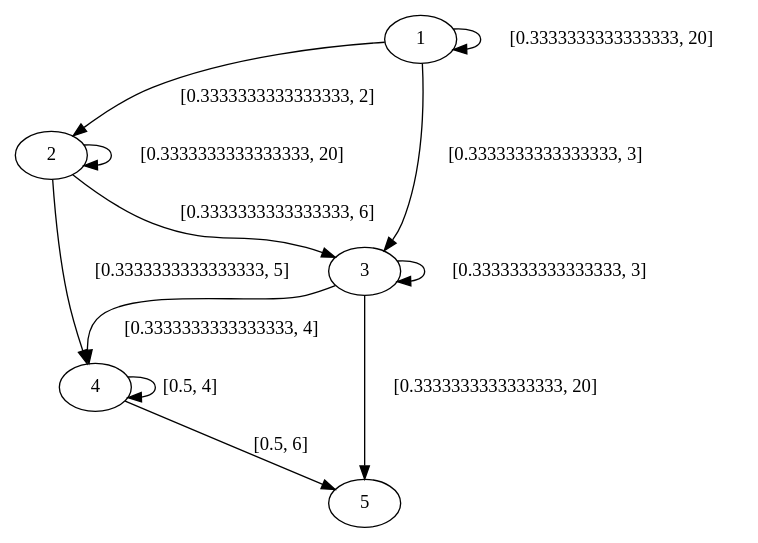
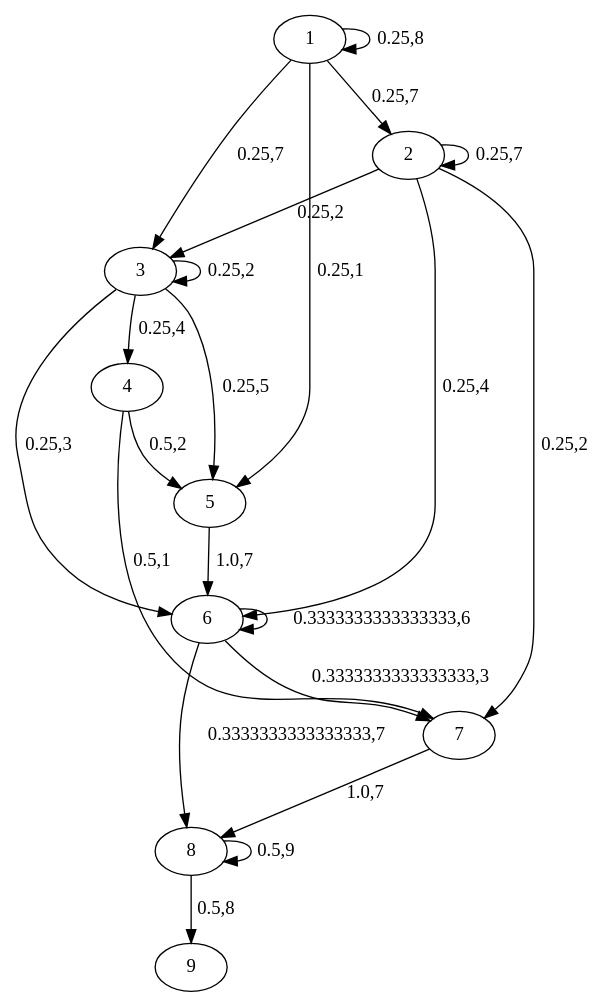
Before and after one commit to GRazafyCourses/shortest_path_project: the diagram in graph.dot, drawn with Graphviz. The commit also changed 3 other files, not shown here.

```diff
--- a/graph.dot
+++ b/graph.dot
@@ -1,35 +1,65 @@
 digraph "" {
 	1 -> 1	[key=0,
-		label="[0.3333333333333333, 20]",
-		weight=20];
+		label="0.25,8",
+		weight="."];
 	1 -> 2	[key=0,
-		label="[0.3333333333333333, 2]",
-		weight=2];
+		label="0.25,7",
+		weight="."];
 	1 -> 3	[key=0,
-		label="[0.3333333333333333, 3]",
-		weight=3];
+		label="0.25,7",
+		weight="."];
+	1 -> 5	[key=0,
+		label="0.25,1",
+		weight="."];
 	2 -> 2	[key=0,
-		label="[0.3333333333333333, 20]",
-		weight=20];
+		label="0.25,7",
+		weight="."];
 	2 -> 3	[key=0,
-		label="[0.3333333333333333, 6]",
-		weight=6];
-	2 -> 4	[key=0,
-		label="[0.3333333333333333, 5]",
-		weight=5];
+		label="0.25,2",
+		weight="."];
+	2 -> 6	[key=0,
+		label="0.25,4",
+		weight="."];
+	2 -> 7	[key=0,
+		label="0.25,2",
+		weight="."];
 	3 -> 3	[key=0,
-		label="[0.3333333333333333, 3]",
-		weight=3];
+		label="0.25,2",
+		weight="."];
+	3 -> 5	[key=0,
+		label="0.25,5",
+		weight="."];
+	3 -> 6	[key=0,
+		label="0.25,3",
+		weight="."];
 	3 -> 4	[key=0,
-		label="[0.3333333333333333, 4]",
-		weight=4];
-	3 -> 5	[key=0,
-		label="[0.3333333333333333, 20]",
-		weight=20];
-	4 -> 4	[key=0,
-		label="[0.5, 4]",
-		weight=4];
+		label="0.25,4",
+		weight="."];
+	5 -> 6	[key=0,
+		label="1.0,7",
+		weight="."];
+	6 -> 6	[key=0,
+		label="0.3333333333333333,6",
+		weight="."];
+	6 -> 7	[key=0,
+		label="0.3333333333333333,3",
+		weight="."];
+	6 -> 8	[key=0,
+		label="0.3333333333333333,7",
+		weight="."];
+	7 -> 8	[key=0,
+		label="1.0,7",
+		weight="."];
 	4 -> 5	[key=0,
-		label="[0.5, 6]",
-		weight=6];
+		label="0.5,2",
+		weight="."];
+	4 -> 7	[key=0,
+		label="0.5,1",
+		weight="."];
+	8 -> 8	[key=0,
+		label="0.5,9",
+		weight="."];
+	8 -> 9	[key=0,
+		label="0.5,8",
+		weight="."];
 }
```
